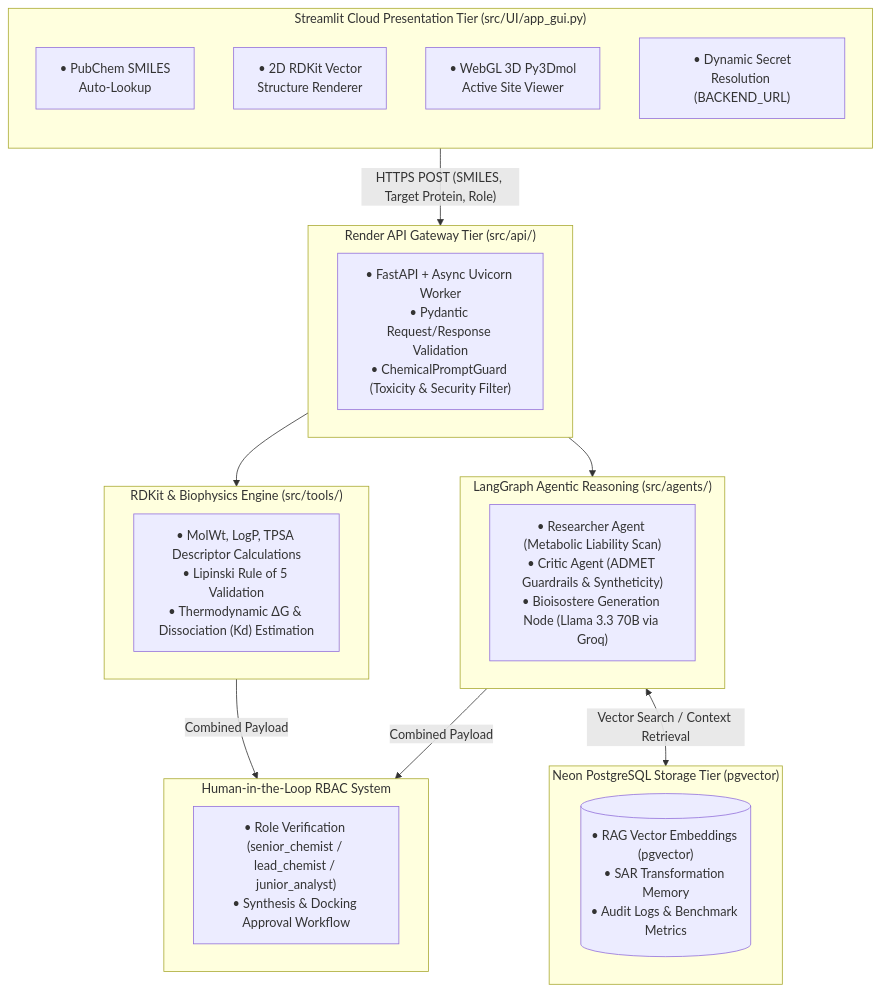
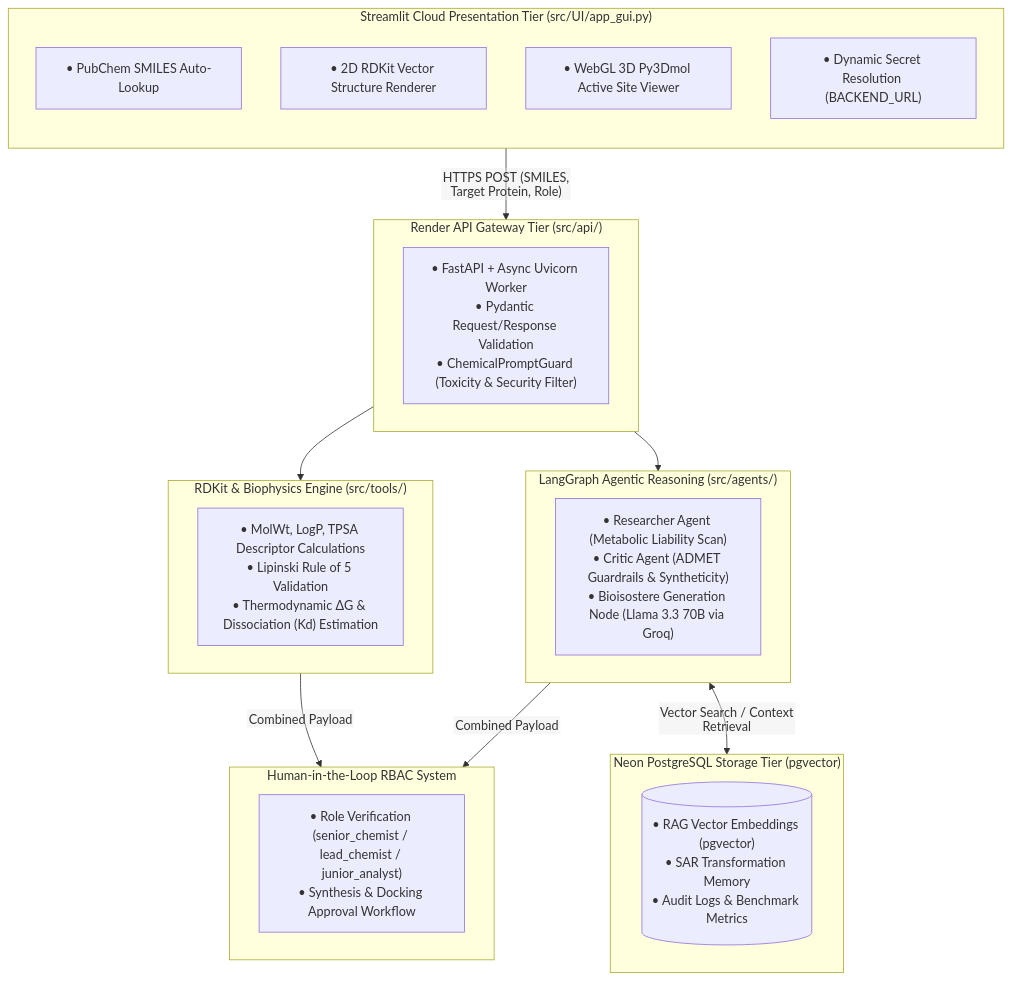
The diagram in README.md (akkamble90/LeadOpt-AI), drawn with Mermaid before and after one commit.

Commit message:
Clean up UI layer descriptions in README
Removed HTML line breaks from UI layer descriptions in the flowchart.

````diff
--- a/README.md
+++ b/README.md
@@ -34,37 +34,38 @@
 ```mermaid
+%%{init: {'flowchart': {'htmlLabels': false}}}%%
 graph TD
     subgraph UI_Layer[" Streamlit Cloud Presentation Tier (src/UI/app_gui.py)"]
         direction TB
-        UI1["• PubChem SMILES <br/>Auto-Lookup"]
-        UI2["• 2D RDKit Vector<br/>Structure Renderer"]
-        UI3["• WebGL 3D Py3Dmol<br/>Active Site Viewer"]
-        UI4["• Dynamic Secret<br/>Resolution (BACKEND_URL)"]
+        UI1["• PubChem SMILES Auto-Lookup"]
+        UI2["• 2D RDKit Vector Structure Renderer"]
+        UI3["• WebGL 3D Py3Dmol Active Site Viewer"]
+        UI4["• Dynamic Secret Resolution (BACKEND_URL)"]
     end
 
     subgraph API_Layer[" Render API Gateway Tier (src/api/)"]
         API["• FastAPI + Async Uvicorn Worker<br/>• Pydantic Request/Response Validation<br/>• ChemicalPromptGuard (Toxicity & Security Filter)"]
     end
 
     subgraph Comp_Engine[" RDKit & Biophysics Engine (src/tools/)"]
         RDKit["• MolWt, LogP, TPSA Descriptor Calculations<br/>• Lipinski Rule of 5 Validation<br/>• Thermodynamic ΔG & Dissociation (Kd) Estimation"]
     end
 
     subgraph Agent_Orch[" LangGraph Agentic Reasoning (src/agents/)"]
         Graph["• Researcher Agent (Metabolic Liability Scan)<br/>• Critic Agent (ADMET Guardrails & Syntheticity)<br/>• Bioisostere Generation Node (Llama 3.3 70B via Groq)"]
     end
 
     subgraph DB_Layer[" Neon PostgreSQL Storage Tier (pgvector)"]
         DB[("• RAG Vector Embeddings (pgvector)<br/>• SAR Transformation Memory<br/>• Audit Logs & Benchmark Metrics")]
     end
 
     subgraph Governance[" Human-in-the-Loop RBAC System"]
         HITL["• Role Verification (senior_chemist / lead_chemist / junior_analyst)<br/>• Synthesis & Docking Approval Workflow"]
     end
 
     UI_Layer -->|"HTTPS POST (SMILES, Target Protein, Role)"| API_Layer
     API_Layer --> Comp_Engine
     API_Layer --> Agent_Orch
     Agent_Orch <-->|"Vector Search / Context Retrieval"| DB_Layer
     Comp_Engine -->|"Combined Payload"| Governance
     Agent_Orch -->|"Combined Payload"| Governance
 ```
````
